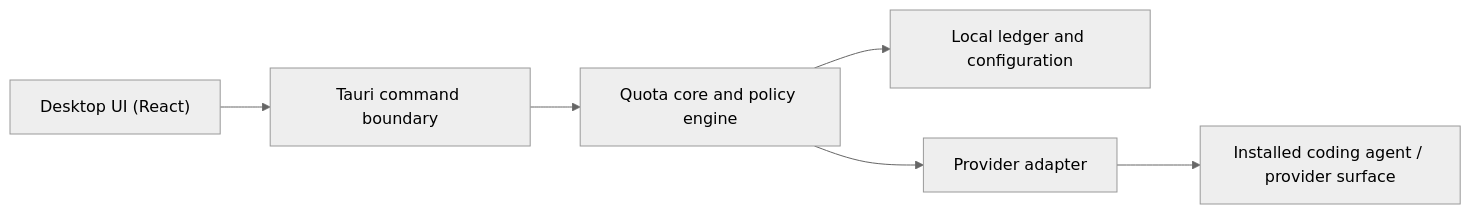
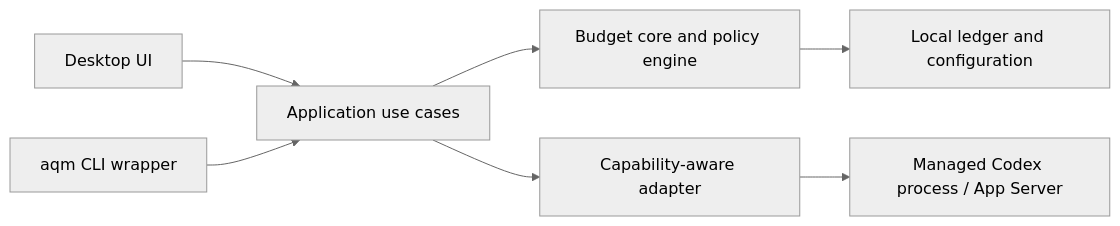
Before and after one commit to quotafence/quotafence: the diagram in README.md, drawn with Mermaid (neutral theme). The commit also changed other lines of this file and 5 other files, not shown here.

Commit message:
docs: reposition AQM as a budget guard (#8)

````diff
--- a/README.md
+++ b/README.md
@@ -53,8 +75,9 @@
 ```mermaid
 flowchart LR
-  UI["Desktop UI (React)"] --> IPC["Tauri command boundary"]
-  IPC --> CORE["Quota core and policy engine"]
+  UI["Desktop UI"] --> APP["Application use cases"]
+  CLI["aqm CLI wrapper"] --> APP
+  APP --> CORE["Budget core and policy engine"]
   CORE --> STORE["Local ledger and configuration"]
-  CORE --> ADAPTER["Provider adapter"]
-  ADAPTER --> PROVIDER["Installed coding agent / provider surface"]
+  APP --> ADAPTER["Capability-aware adapter"]
+  ADAPTER --> PROVIDER["Managed Codex process / App Server"]
 ```
````
